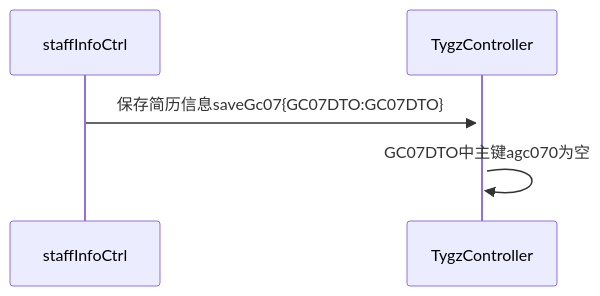
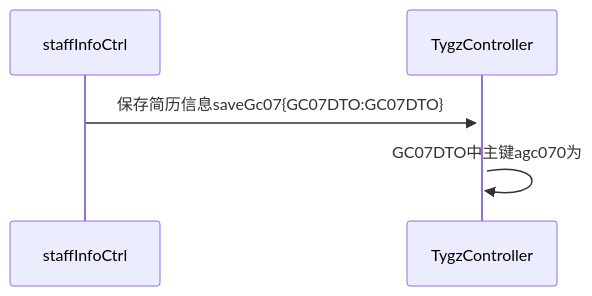
One commit to ZhangJianBeiJing/iodraw-files changed the diagram in all/未命名.md. Above: the diagram before and after it, drawn with Mermaid.

Commit message:
2025-03-25 17:07:23 update

````diff
--- a/all/未命名.md
+++ b/all/未命名.md
@@ -1,7 +1,7 @@
 ```mermaid
 sequenceDiagram
     staffInfoCtrl->>+TygzController:保存简历信息saveGc07{GC07DTO:GC07DTO}
-    TygzController->>+TygzController:GC07DTO中主键agc070为空
+    TygzController->>+TygzController:GC07DTO中主键agc070为
 
             
 ```
````
